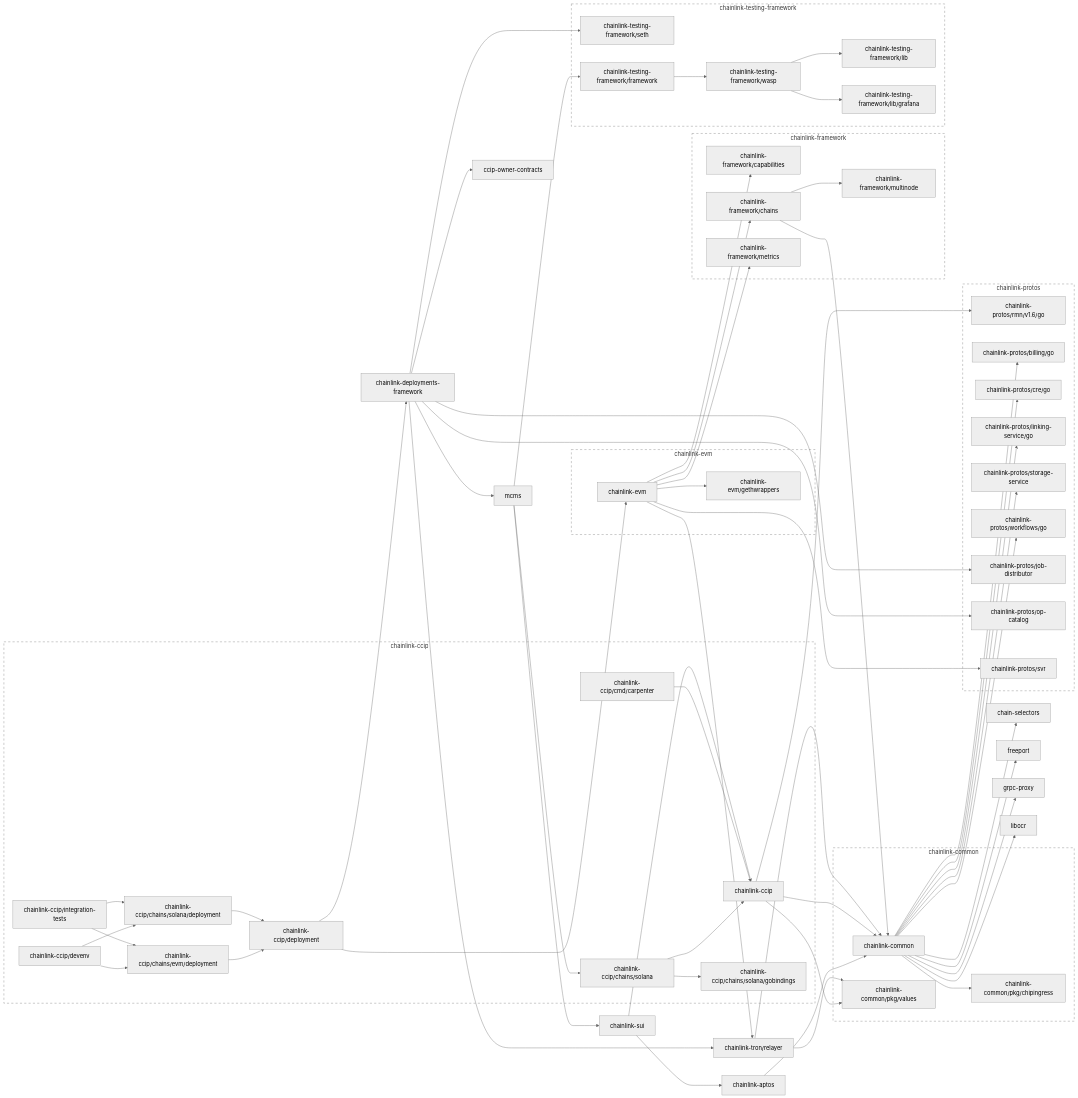
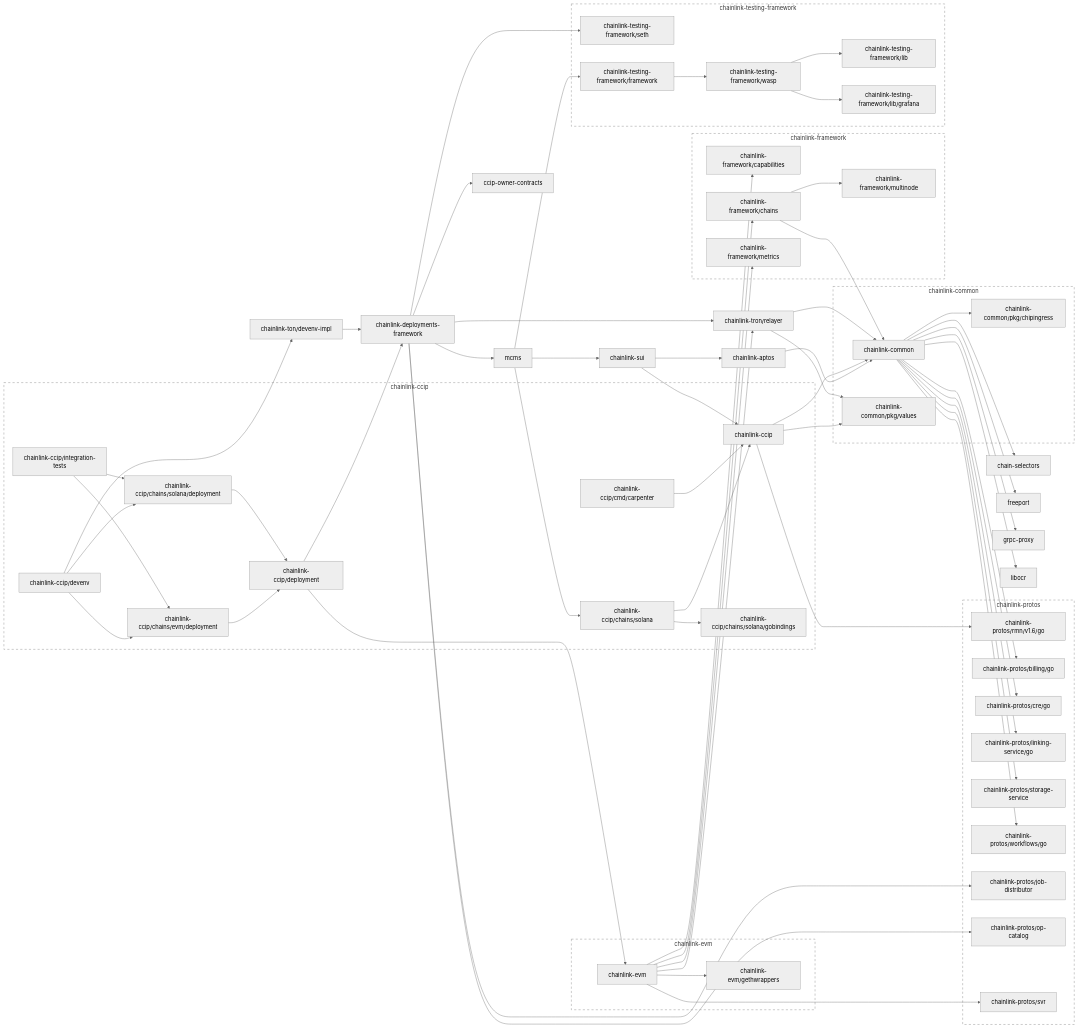
Before and after one commit to smartcontractkit/chainlink-ccip: the second of 2 diagrams in go.md, drawn with Mermaid (neutral theme). The commit also changed 2 other files, not shown here.

```diff
--- a/go.md
+++ b/go.md
@@ -85,6 +85,7 @@
 	click chainlink-ccip/deployment href "https://github.com/smartcontractkit/chainlink-ccip"
 	chainlink-ccip/devenv --> chainlink-ccip/chains/evm/deployment
 	chainlink-ccip/devenv --> chainlink-ccip/chains/solana/deployment
+	chainlink-ccip/devenv --> chainlink-ton/devenv-impl
 	click chainlink-ccip/devenv href "https://github.com/smartcontractkit/chainlink-ccip"
 	chainlink-ccip/integration-tests --> chainlink-ccip/chains/evm/deployment
 	chainlink-ccip/integration-tests --> chainlink-ccip/chains/solana/deployment
@@ -161,6 +162,8 @@
 	chainlink-testing-framework/wasp --> chainlink-testing-framework/lib
 	chainlink-testing-framework/wasp --> chainlink-testing-framework/lib/grafana
 	click chainlink-testing-framework/wasp href "https://github.com/smartcontractkit/chainlink-testing-framework"
+	chainlink-ton/devenv-impl --> chainlink-deployments-framework
+	click chainlink-ton/devenv-impl href "https://github.com/smartcontractkit/chainlink-ton"
 	chainlink-tron/relayer --> chainlink-common
 	chainlink-tron/relayer --> chainlink-common/pkg/values
 	click chainlink-tron/relayer href "https://github.com/smartcontractkit/chainlink-tron"
```
